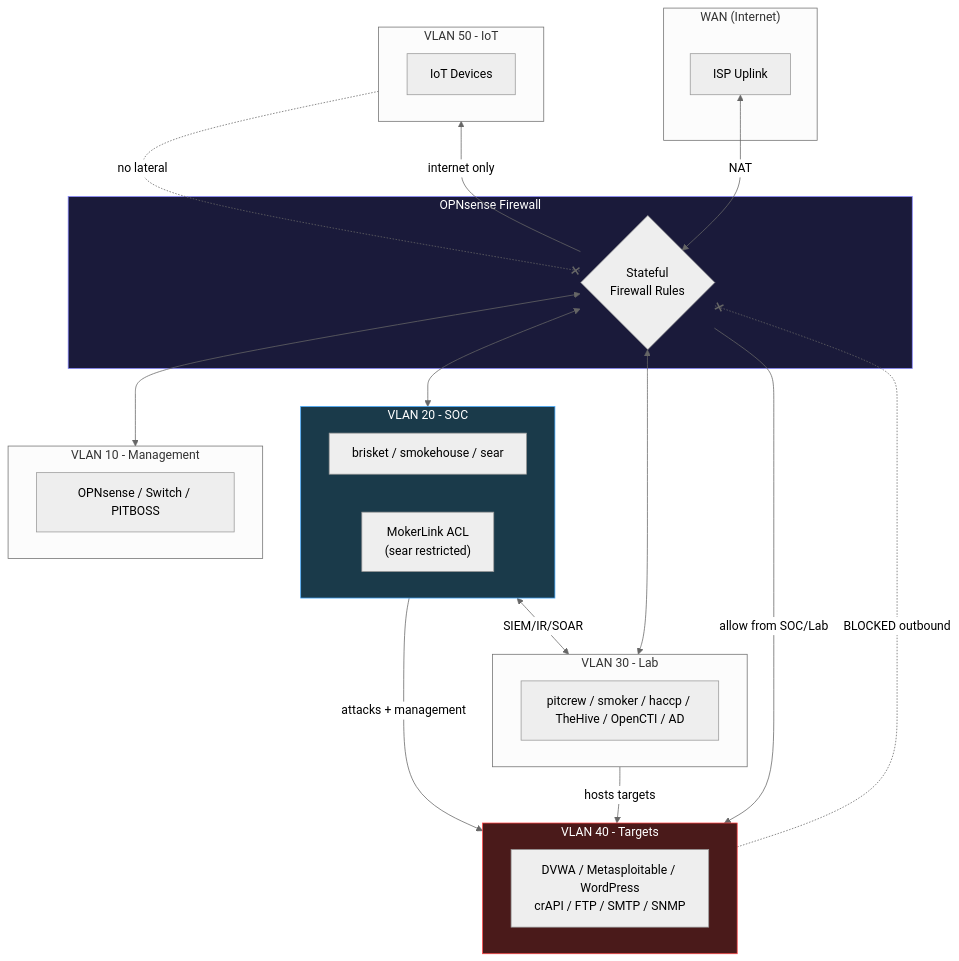
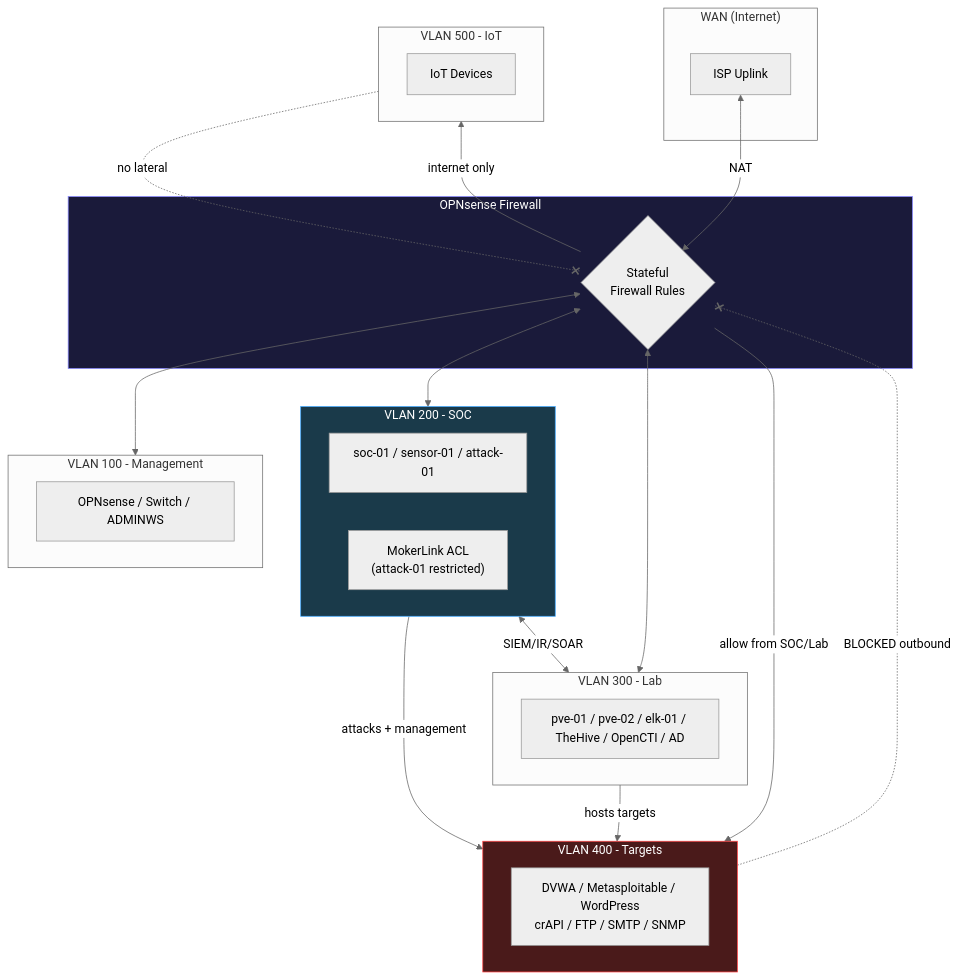
One commit to brianchaplow/HomeLab-SOC-v3 changed the fifth of 5 diagrams in docs/architecture.md. Above: the diagram before and after it, drawn with Mermaid (neutral theme). The commit also changed other lines of this file and 73 other files, not shown here.

````diff
--- a/docs/architecture.md
+++ b/docs/architecture.md
@@ -599,48 +599,48 @@
 ```mermaid
 flowchart TB
     subgraph WAN["WAN (Internet)"]
         ISP[ISP Uplink]
     end
 
     subgraph FW["OPNsense Firewall"]
         FWR{Stateful<br/>Firewall Rules}
     end
 
-    subgraph V10["VLAN 10 - Management"]
-        MGT[OPNsense / Switch / PITBOSS]
+    subgraph V10["VLAN 100 - Management"]
+        MGT[OPNsense / Switch / ADMINWS]
     end
 
-    subgraph V20["VLAN 20 - SOC"]
-        SOC[brisket / smokehouse / sear]
-        ACL["MokerLink ACL<br/>(sear restricted)"]
+    subgraph V20["VLAN 200 - SOC"]
+        SOC[soc-01 / sensor-01 / attack-01]
+        ACL["MokerLink ACL<br/>(attack-01 restricted)"]
     end
 
-    subgraph V30["VLAN 30 - Lab"]
-        LAB[pitcrew / smoker / haccp / TheHive / OpenCTI / AD]
+    subgraph V30["VLAN 300 - Lab"]
+        LAB[pve-01 / pve-02 / elk-01 / TheHive / OpenCTI / AD]
     end
 
-    subgraph V40["VLAN 40 - Targets"]
+    subgraph V40["VLAN 400 - Targets"]
         TGT[DVWA / Metasploitable / WordPress<br/>crAPI / FTP / SMTP / SNMP]
     end
 
-    subgraph V50["VLAN 50 - IoT"]
+    subgraph V50["VLAN 500 - IoT"]
         IOT[IoT Devices]
     end
 
     ISP <-->|NAT| FWR
     FWR <--> V10
     FWR <--> V20
     FWR <--> V30
     FWR -->|allow from SOC/Lab| V40
     V40 -.-x|BLOCKED outbound| FWR
     FWR -->|internet only| V50
     V50 -.-x|no lateral| FWR
 
     V20 -->|attacks + management| V40
     V30 -->|hosts targets| V40
     V20 <-->|SIEM/IR/SOAR| V30
 
     style V40 fill:#4a1a1a,stroke:#ff4444,color:#ffffff
     style FW fill:#1a1a3a,stroke:#8888ff,color:#ffffff
     style V20 fill:#1a3a4a,stroke:#44aaff,color:#ffffff
 ```
````
